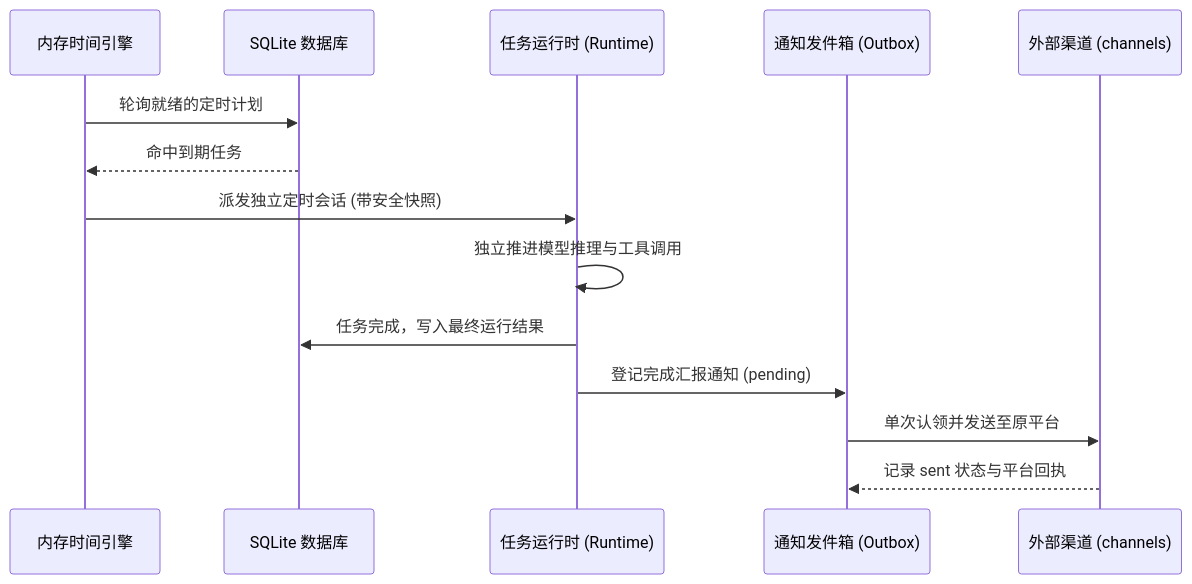
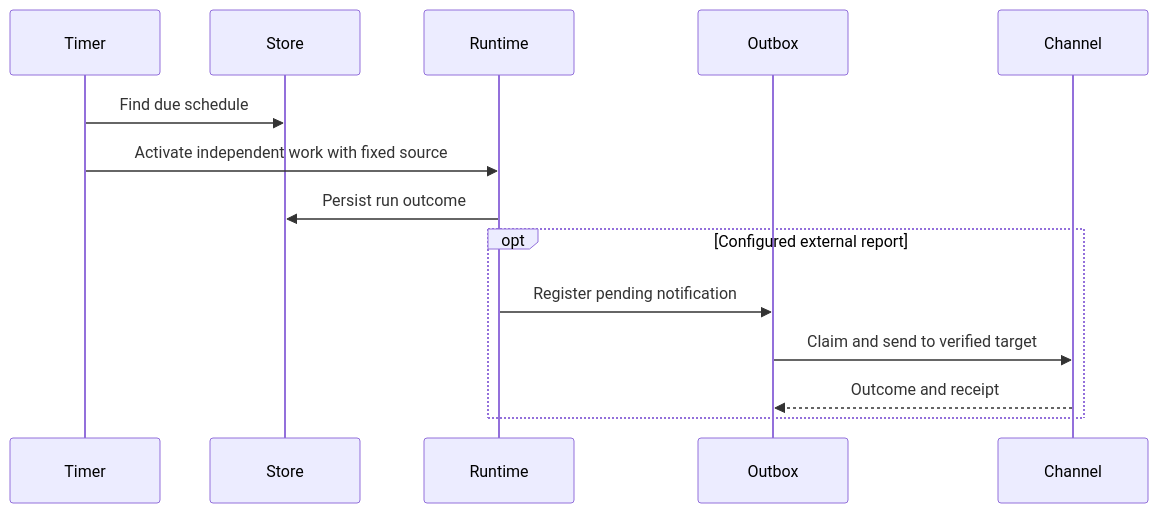
The second of 2 diagrams in docs/modules/scheduler.md (num-lab/Ruukoto), drawn with Mermaid before and after one commit. The commit also changed other lines of this file and 3987 other files, not shown here.

````diff
--- a/docs/modules/scheduler.md
+++ b/docs/modules/scheduler.md
@@ -58,17 +39,16 @@
 ```mermaid
 sequenceDiagram
-  participant Timer as 内存时间引擎
-  participant Store as SQLite 数据库
-  participant Runtime as 任务运行时 (Runtime)
-  participant Outbox as 通知发件箱 (Outbox)
-  participant Channel as 外部渠道 (channels)
-
-  Timer->>Store: 轮询就绪的定时计划
-  Store-->>Timer: 命中到期任务
-  Timer->>Runtime: 派发独立定时会话 (带安全快照)
-  Runtime->>Runtime: 独立推进模型推理与工具调用
-  Runtime->>Store: 任务完成，写入最终运行结果
-  Runtime->>Outbox: 登记完成汇报通知 (pending)
-  Outbox->>Channel: 单次认领并发送至原平台
-  Channel-->>Outbox: 记录 sent 状态与平台回执
+  participant Timer
+  participant Store
+  participant Runtime
+  participant Outbox
+  participant Channel
+  Timer->>Store: Find due schedule
+  Timer->>Runtime: Activate independent work with fixed source
+  Runtime->>Store: Persist run outcome
+  opt Configured external report
+    Runtime->>Outbox: Register pending notification
+    Outbox->>Channel: Claim and send to verified target
+    Channel-->>Outbox: Outcome and receipt
+  end
 ```
````
